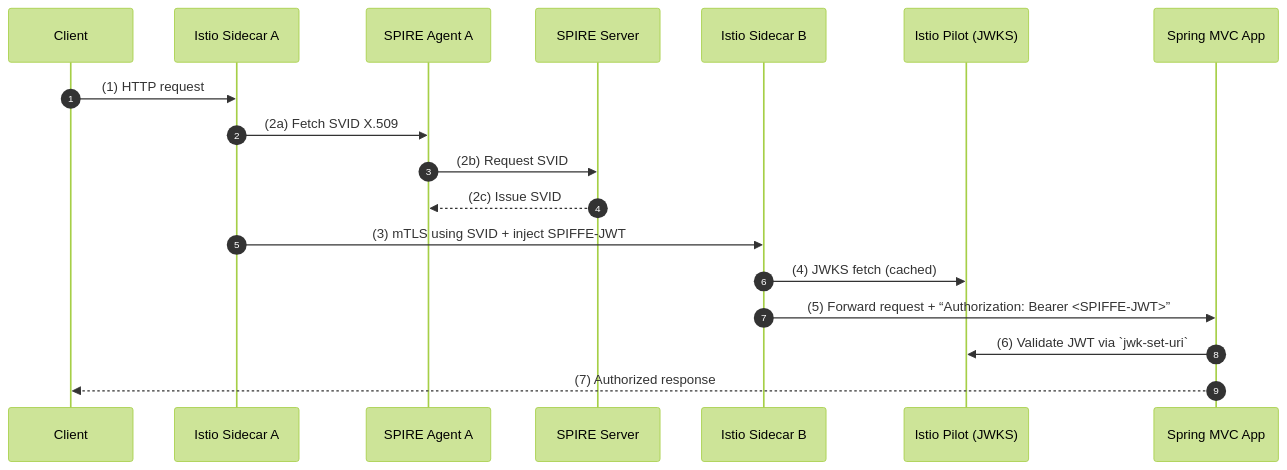
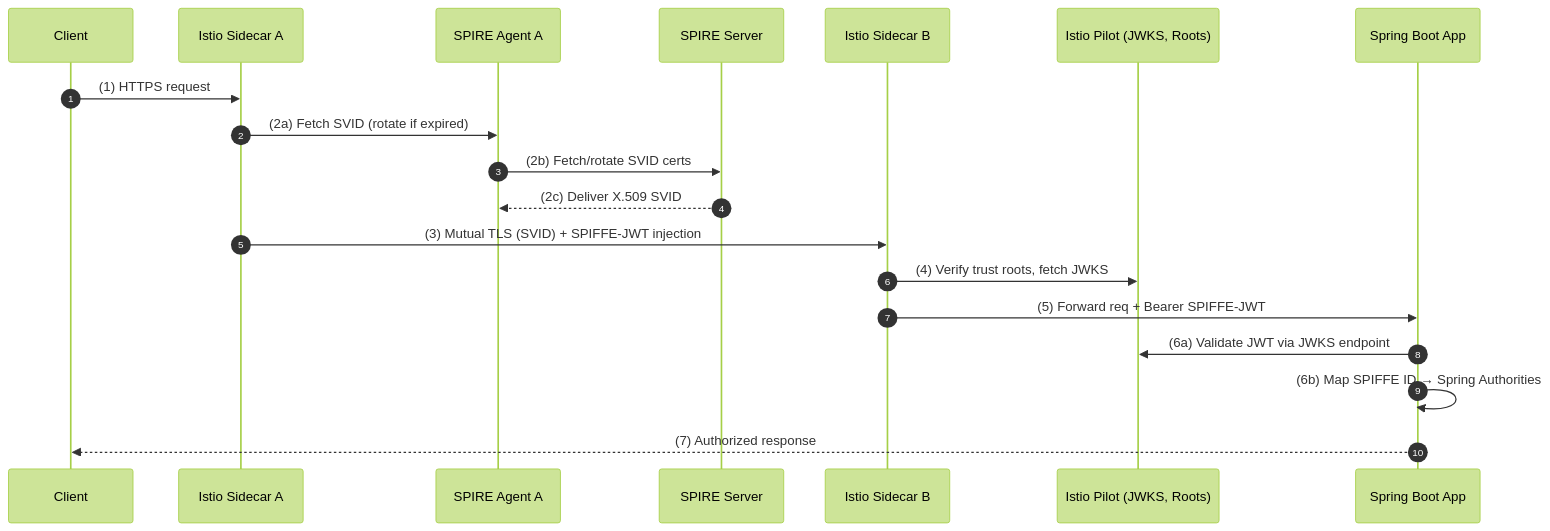
One commit to babywyrm/sysadmin changed the diagram in modeling/web/spring_spire_.md. Above: the diagram before and after it, drawn with Mermaid (forest theme). The commit also changed other lines of this file, not shown here.

````diff
--- a/modeling/web/spring_spire_.md
+++ b/modeling/web/spring_spire_.md
@@ -6,21 +10,22 @@
 ```mermaid
 sequenceDiagram
   autonumber
   participant Client
   participant IstioA as Istio Sidecar A
   participant SPIRE_A as SPIRE Agent A
   participant SPIRE_S as SPIRE Server
   participant IstioB as Istio Sidecar B
-  participant Istiod as Istio Pilot (JWKS)
-  participant Spring as Spring MVC App
+  participant Istiod as Istio Pilot (JWKS, Roots)
+  participant Spring as Spring Boot App
 
-  Client->>IstioA: (1) HTTP request
-  IstioA->>SPIRE_A: (2a) Fetch SVID X.509
-  SPIRE_A->>SPIRE_S: (2b) Request SVID
-  SPIRE_S-->>SPIRE_A: (2c) Issue SVID
-  IstioA->>IstioB: (3) mTLS using SVID + inject SPIFFE-JWT
-  IstioB->>Istiod: (4) JWKS fetch (cached)
-  IstioB->>Spring: (5) Forward request + “Authorization: Bearer <SPIFFE-JWT>”
-  Spring->>Istiod: (6) Validate JWT via `jwk-set-uri`
+  Client->>IstioA: (1) HTTPS request
+  IstioA->>SPIRE_A: (2a) Fetch SVID (rotate if expired)
+  SPIRE_A->>SPIRE_S: (2b) Fetch/rotate SVID certs
+  SPIRE_S-->>SPIRE_A: (2c) Deliver X.509 SVID
+  IstioA->>IstioB: (3) Mutual TLS (SVID) + SPIFFE-JWT injection
+  IstioB->>Istiod: (4) Verify trust roots, fetch JWKS
+  IstioB->>Spring: (5) Forward req + Bearer SPIFFE-JWT
+  Spring->>Istiod: (6a) Validate JWT via JWKS endpoint
+  Spring->>Spring: (6b) Map SPIFFE ID → Spring Authorities
   Spring-->>Client: (7) Authorized response
 ```
````
